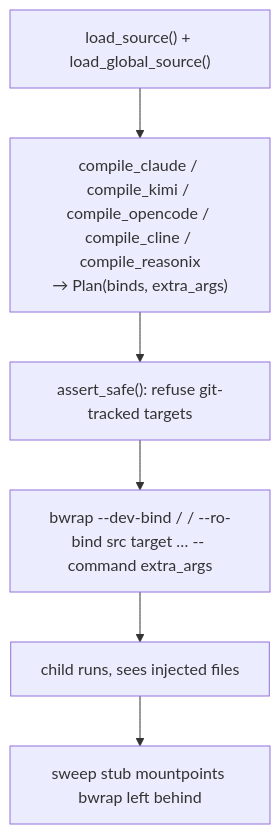
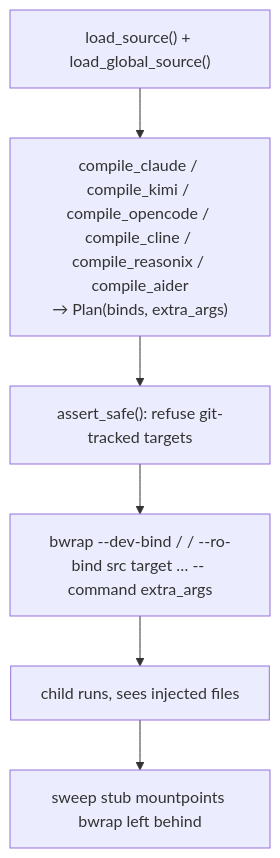
The diagram in docs/internals.md (vcoeur/agedum), drawn with Mermaid before and after one commit. The commit also changed other lines of this file and 16 other files, not shown here.

````diff
--- a/docs/internals.md
+++ b/docs/internals.md
@@ -15,8 +15,8 @@
 ```mermaid
 flowchart TD
-  a["load_source() + load_global_source()"] --> b["compile_claude / compile_kimi / compile_opencode / compile_cline / compile_reasonix<br/>→ Plan(binds, extra_args)"]
+  a["load_source() + load_global_source()"] --> b["compile_claude / compile_kimi / compile_opencode / compile_cline / compile_reasonix / compile_aider<br/>→ Plan(binds, extra_args)"]
   b --> c["assert_safe(): refuse git-tracked targets"]
   c --> d["bwrap --dev-bind / / --ro-bind src target … -- command extra_args"]
   d --> e["child runs, sees injected files"]
   e --> f["sweep stub mountpoints bwrap left behind"]
 ```
````
